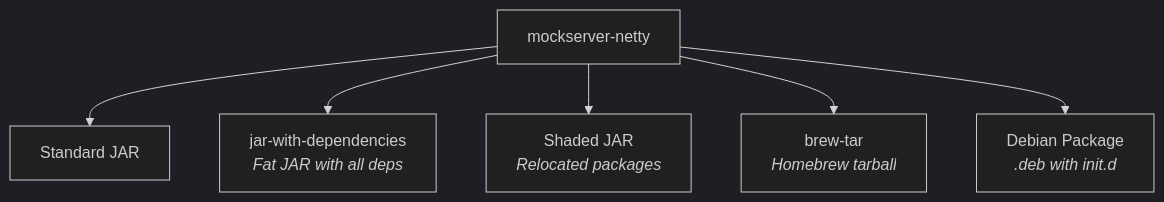
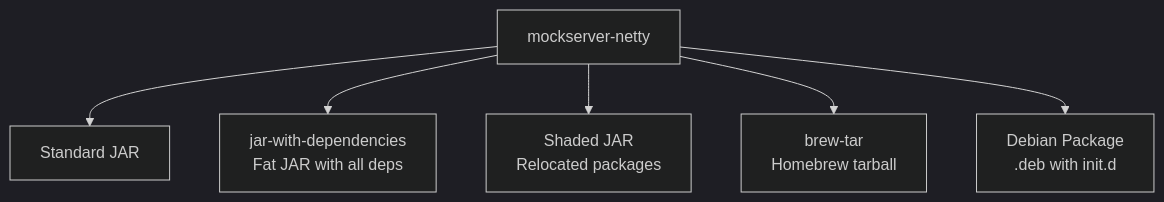
The second of 2 diagrams in docs/operations/build-system.md (mock-server/mockserver), drawn with Mermaid (dark theme) before and after one commit. The commit also changed other lines of this file and 21 other files, not shown here.

First line of the commit message:
fix(docs): remove HTML tags from Mermaid diagrams to fix GitHub rendering

````diff
--- a/docs/operations/build-system.md
+++ b/docs/operations/build-system.md
@@ -120,9 +123,13 @@
 ```mermaid
 graph TD
     MN[mockserver-netty]
     MN --> JAR[Standard JAR]
-    MN --> FAT[jar-with-dependencies<br/><i>Fat JAR with all deps</i>]
-    MN --> SHADED[Shaded JAR<br/><i>Relocated packages</i>]
-    MN --> BREW[brew-tar<br/><i>Homebrew tarball</i>]
-    MN --> DEB[Debian Package<br/><i>.deb with init.d</i>]
+    MN --> FAT["jar-with-dependencies
+Fat JAR with all deps"]
+    MN --> SHADED["Shaded JAR
+Relocated packages"]
+    MN --> BREW["brew-tar
+Homebrew tarball"]
+    MN --> DEB["Debian Package
+.deb with init.d"]
 ```
````
